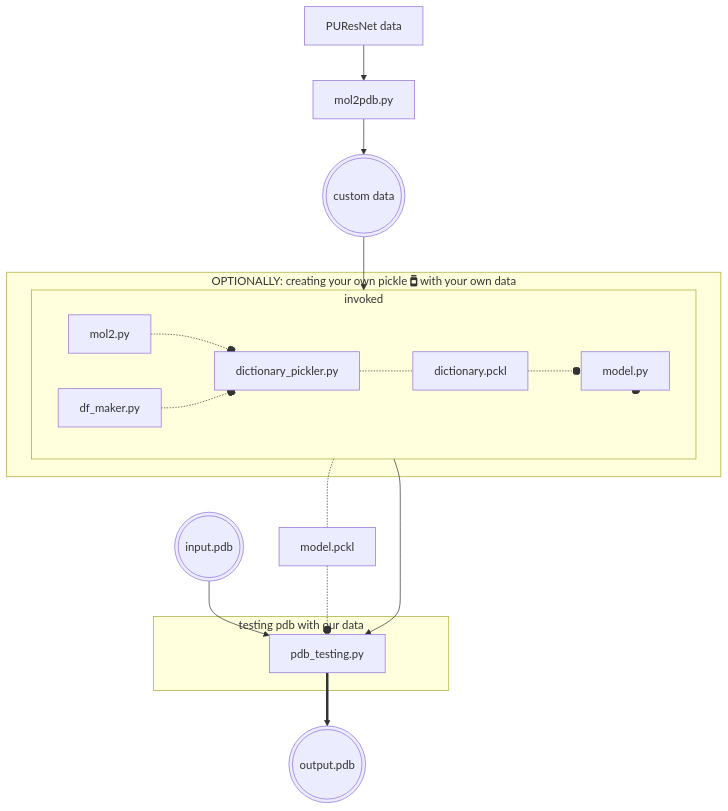
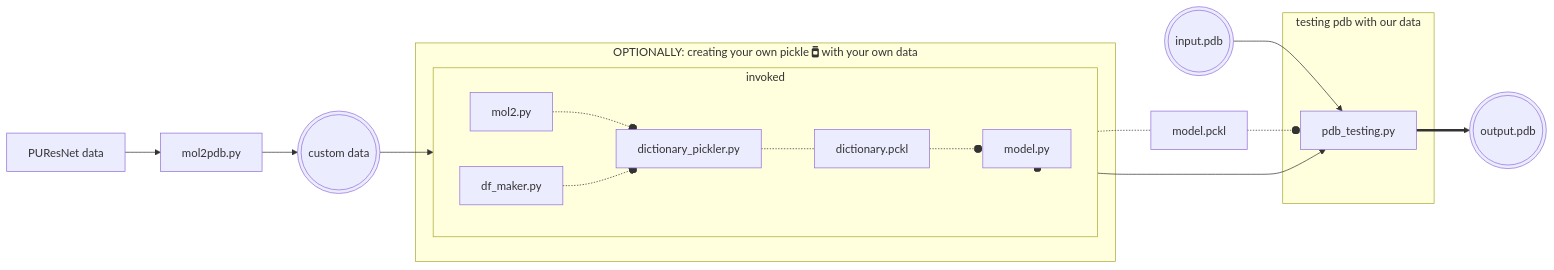
Before and after one commit to EduardoCantos1998/TrabajoFinalSBI-PYT: the diagram in README.md, drawn with Mermaid. The commit also changed other lines of this file and 5 other files, not shown here.

````diff
--- a/README.md
+++ b/README.md
@@ -61,23 +61,23 @@
 ```mermaid
-graph  TD
+graph  LR
 A1[PUResNet data] --> B1[mol2pdb.py] 
 B1 --> G
 subgraph OPTIONALLY: creating your own pickle fa:fa-jar with your own data;
   subgraph invoked;
     direction LR;
     B[model.py]; 
     C[mol2.py]-.-o E;
     D[df_maker.py]-.-o E;
     E[dictionary_pickler.py]-.- dictionary.pckl -.-o B;
   end
 end
 G(((custom data))) --> E;
 invoked -.-o B
   A(((input.pdb))) --> F;
 subgraph testing pdb with our data;
   F[pdb_testing.py];
 end;
 B -.-model.pckl-.-o F;
 F ==> Z(((output.pdb)))
 D --> F
 ```
````
